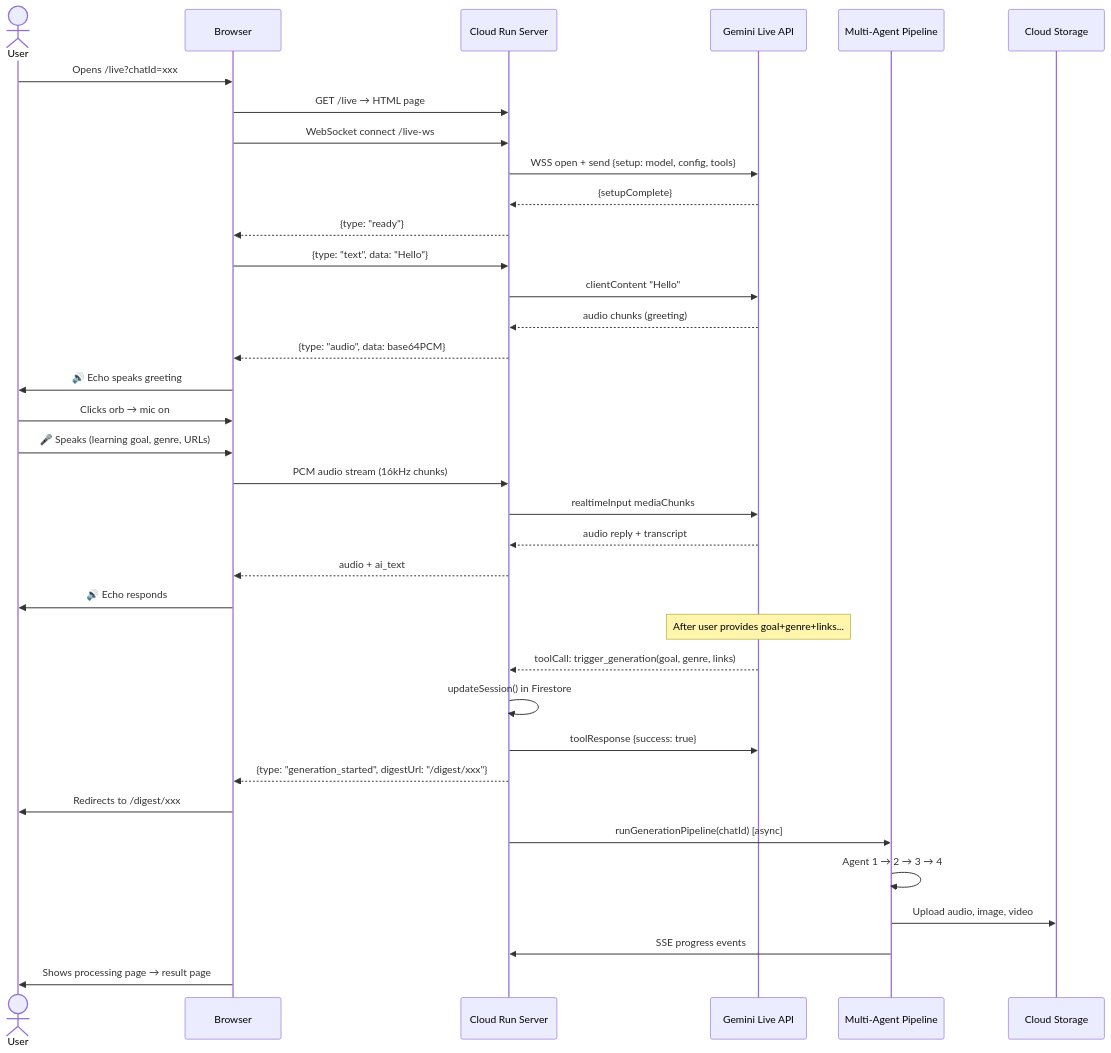
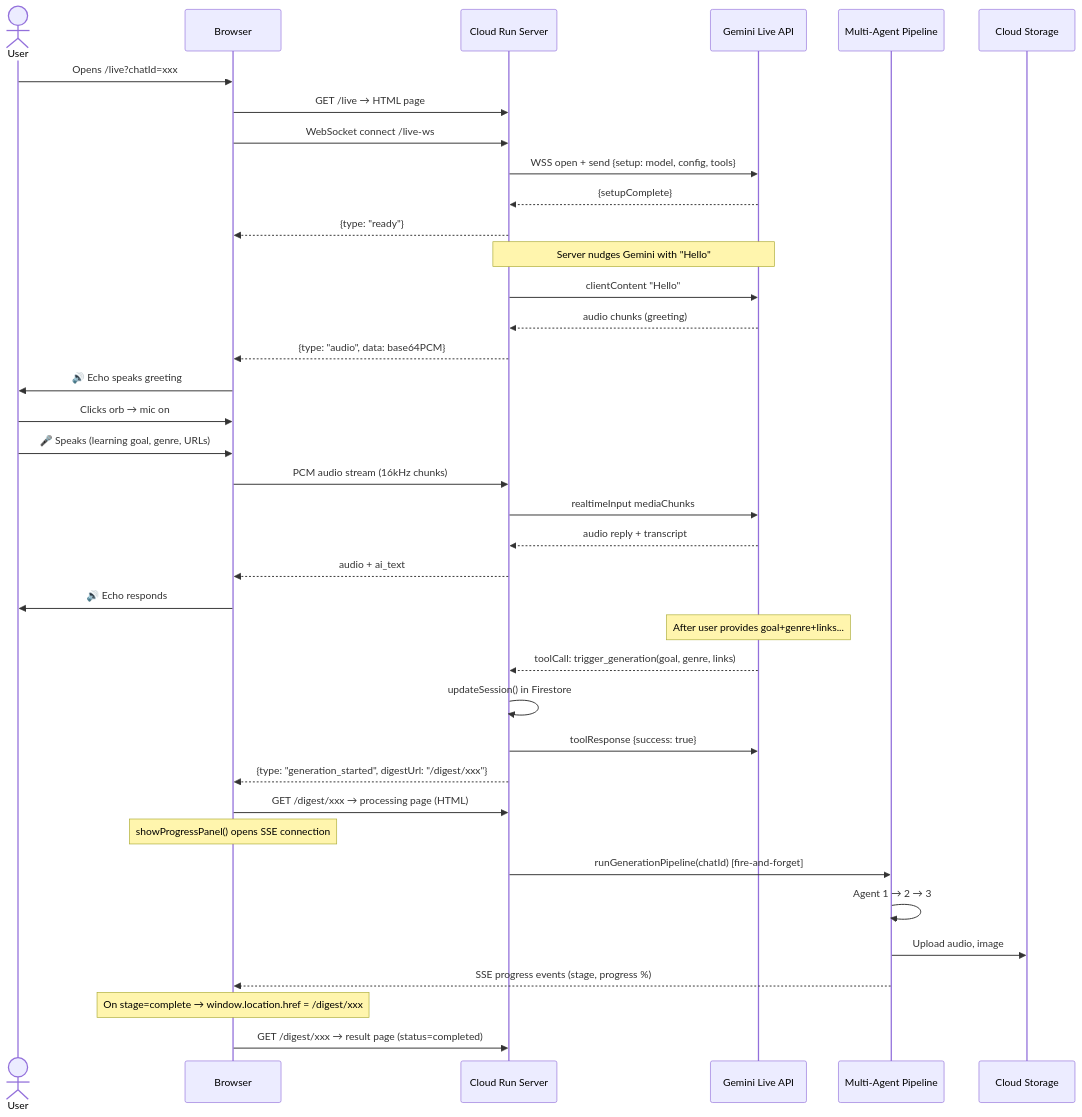
The second of 3 diagrams in system-architecture.md (BLTC-520/google-live-agent-Echo), drawn with Mermaid before and after one commit. The commit also changed other lines of this file and 10 other files, not shown here.

````diff
--- a/system-architecture.md
+++ b/system-architecture.md
@@ -88,42 +84,44 @@
 ```mermaid
 sequenceDiagram
     actor User
     participant Browser
     participant Server as Cloud Run Server
     participant GeminiLive as Gemini Live API
     participant Pipeline as Multi-Agent Pipeline
     participant GCS as Cloud Storage
 
     User->>Browser: Opens /live?chatId=xxx
     Browser->>Server: GET /live → HTML page
     Browser->>Server: WebSocket connect /live-ws
     Server->>GeminiLive: WSS open + send {setup: model, config, tools}
     GeminiLive-->>Server: {setupComplete}
     Server-->>Browser: {type: "ready"}
-    Browser->>Server: {type: "text", data: "Hello"}
+    Note over Server,GeminiLive: Server nudges Gemini with "Hello"
     Server->>GeminiLive: clientContent "Hello"
     GeminiLive-->>Server: audio chunks (greeting)
     Server-->>Browser: {type: "audio", data: base64PCM}
     Browser->>User: 🔊 Echo speaks greeting
 
     User->>Browser: Clicks orb → mic on
     User->>Browser: 🎤 Speaks (learning goal, genre, URLs)
     Browser->>Server: PCM audio stream (16kHz chunks)
     Server->>GeminiLive: realtimeInput mediaChunks
     GeminiLive-->>Server: audio reply + transcript
     Server-->>Browser: audio + ai_text
     Browser->>User: 🔊 Echo responds
 
     Note over GeminiLive: After user provides goal+genre+links...
     GeminiLive-->>Server: toolCall: trigger_generation(goal, genre, links)
     Server->>Server: updateSession() in Firestore
     Server->>GeminiLive: toolResponse {success: true}
     Server-->>Browser: {type: "generation_started", digestUrl: "/digest/xxx"}
-    Browser->>User: Redirects to /digest/xxx
+    Browser->>Server: GET /digest/xxx → processing page (HTML)
+    Note over Browser: showProgressPanel() opens SSE connection
 
-    Server->>Pipeline: runGenerationPipeline(chatId) [async]
-    Pipeline->>Pipeline: Agent 1 → 2 → 3 → 4
-    Pipeline->>GCS: Upload audio, image, video
-    Pipeline->>Server: SSE progress events
-    Browser->>User: Shows processing page → result page
+    Server->>Pipeline: runGenerationPipeline(chatId) [fire-and-forget]
+    Pipeline->>Pipeline: Agent 1 → 2 → 3
+    Pipeline->>GCS: Upload audio, image
+    Pipeline-->>Browser: SSE progress events (stage, progress %)
+    Note over Browser: On stage=complete → window.location.href = /digest/xxx
+    Browser->>Server: GET /digest/xxx → result page (status=completed)
 ```
````
